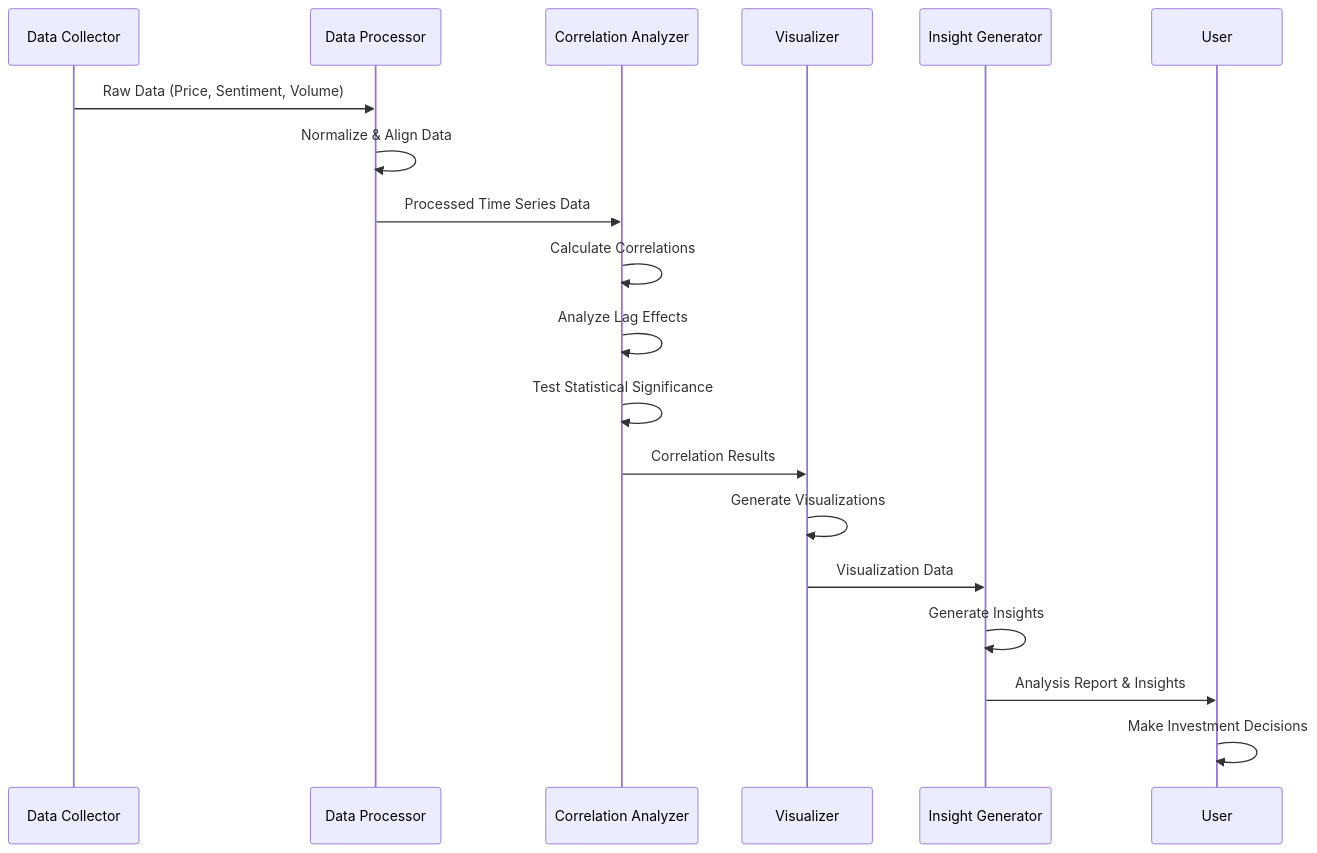
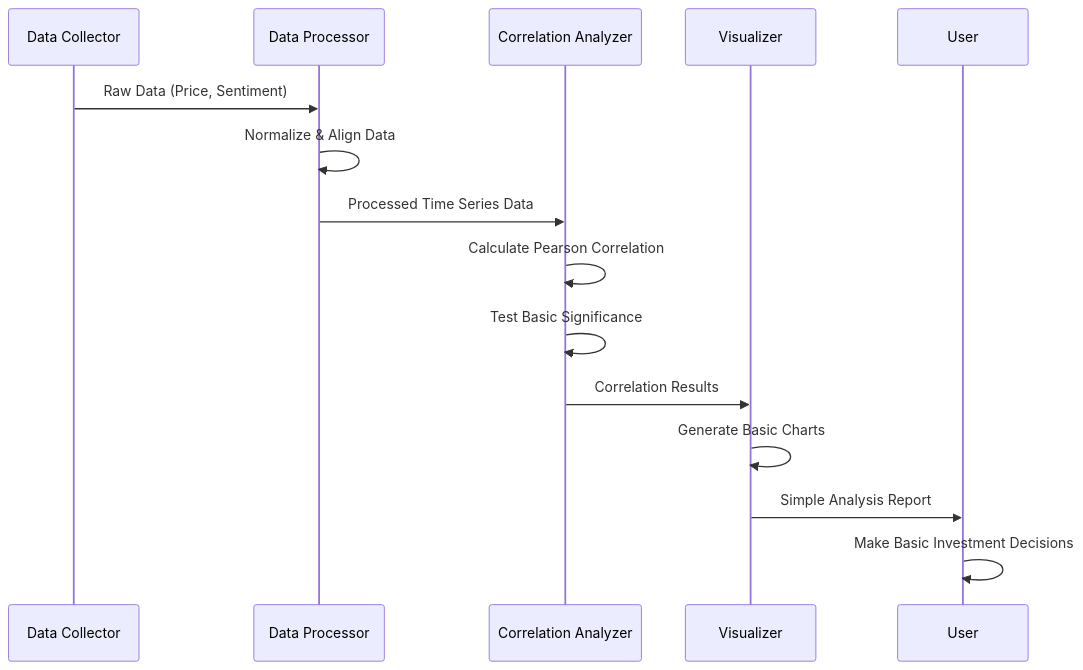
One commit to ftfuture/InsiteChart changed the second of 2 diagrams in docs/spec/16-correlation-analysis.md. Above: the diagram before and after it, drawn with Mermaid. The commit also changed other lines of this file and 316 other files, not shown here.

````diff
--- a/docs/spec/16-correlation-analysis.md
+++ b/docs/spec/16-correlation-analysis.md
@@ -81,22 +58,18 @@
 ```mermaid
 sequenceDiagram
     participant DC as Data Collector
     participant DP as Data Processor
     participant CA as Correlation Analyzer
     participant Viz as Visualizer
-    participant IG as Insight Generator
     participant User as User
     
-    DC->>DP: Raw Data (Price, Sentiment, Volume)
+    DC->>DP: Raw Data (Price, Sentiment)
     DP->>DP: Normalize & Align Data
     DP->>CA: Processed Time Series Data
-    CA->>CA: Calculate Correlations
-    CA->>CA: Analyze Lag Effects
-    CA->>CA: Test Statistical Significance
+    CA->>CA: Calculate Pearson Correlation
+    CA->>CA: Test Basic Significance
     CA->>Viz: Correlation Results
-    Viz->>Viz: Generate Visualizations
-    Viz->>IG: Visualization Data
-    IG->>IG: Generate Insights
-    IG->>User: Analysis Report & Insights
-    User->>User: Make Investment Decisions
+    Viz->>Viz: Generate Basic Charts
+    Viz->>User: Simple Analysis Report
+    User->>User: Make Basic Investment Decisions
 ```
````
